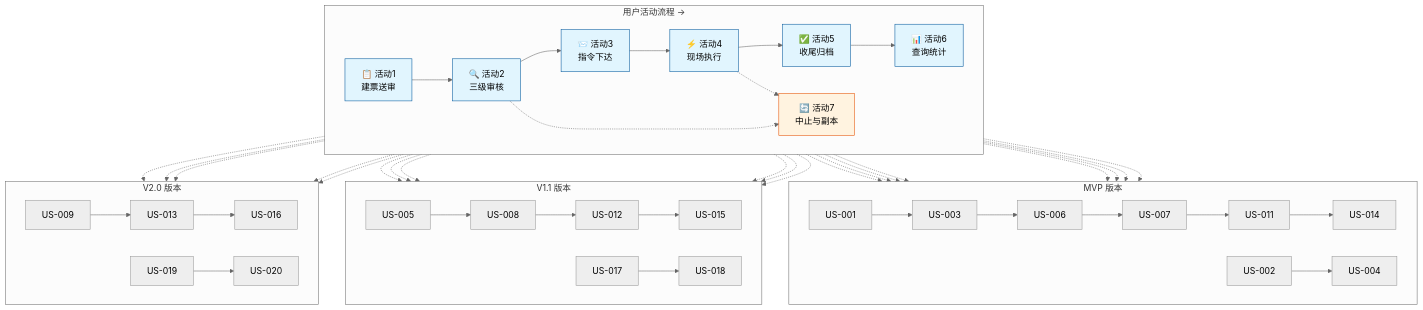
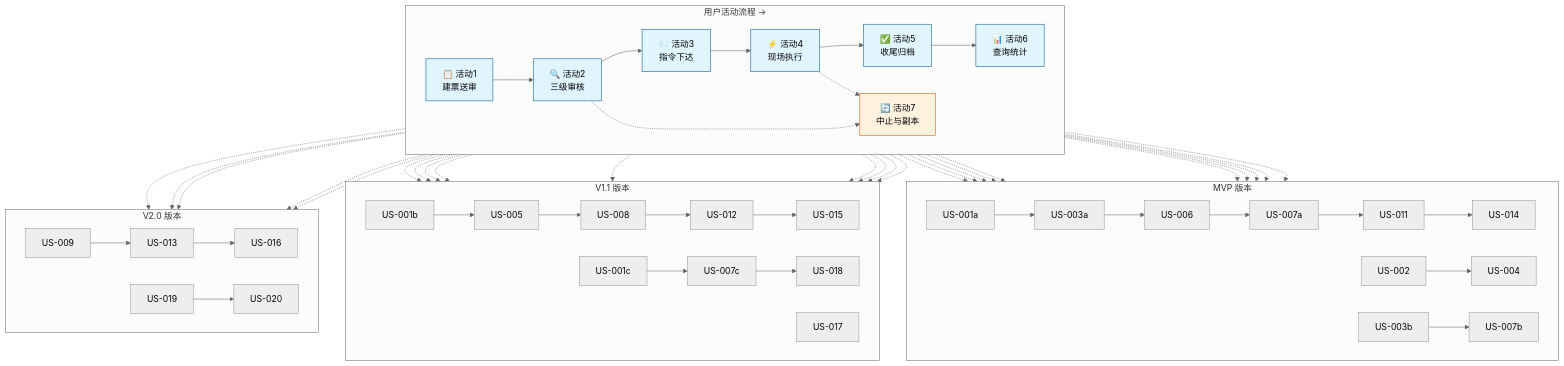
The second of 8 diagrams in .kiro/specs/operation-ticket-system/requirements.md (Melody-YK/operation-ticket-system), drawn with Mermaid (neutral theme) before and after one commit. The commit also changed other lines of this file, not shown here.

````diff
--- a/.kiro/specs/operation-ticket-system/requirements.md
+++ b/.kiro/specs/operation-ticket-system/requirements.md
@@ -118,62 +118,69 @@
 ```mermaid
 graph TB
     subgraph Activities["用户活动流程 →"]
         direction LR
         A1["📋 活动1<br/>建票送审"]
         A2["🔍 活动2<br/>三级审核"]
         A3["📨 活动3<br/>指令下达"]
         A4["⚡ 活动4<br/>现场执行"]
         A5["✅ 活动5<br/>收尾归档"]
         A6["📊 活动6<br/>查询统计"]
         A7["🔄 活动7<br/>中止与副本"]
         A1 --> A2 --> A3 --> A4 --> A5 --> A6
         A2 -.-> A7
         A4 -.-> A7
     end
 
     subgraph MVP["MVP 版本"]
         direction LR
-        S11[US-001] --> S21[US-003] --> S31[US-006] --> S41[US-007] --> S51[US-011] --> S61[US-014]
+        S11[US-001a] --> S21[US-003a] --> S31[US-006] --> S41[US-007a] --> S51[US-011] --> S61[US-014]
         S12[US-002] --> S22[US-004]
+        S23[US-003b] --> S42[US-007b]
     end
 
     subgraph V11["V1.1 版本"]
         direction LR
-        S23[US-005] --> S42[US-008] --> S52[US-012] --> S62[US-015]
-        S13[US-017] --> S71[US-018]
+        S13[US-001b] --> S24[US-005] --> S43[US-008] --> S52[US-012] --> S62[US-015]
+        S14[US-001c] --> S44[US-007c] --> S71[US-018]
+        S25[US-017]
     end
 
     subgraph V20["V2.0 版本"]
         direction LR
-        S43[US-009] --> S53[US-013] --> S63[US-016]
+        S45[US-009] --> S53[US-013] --> S63[US-016]
         S72[US-019] --> S73[US-020]
     end
 
     A1 -.-> S11
     A1 -.-> S12
     A1 -.-> S13
+    A1 -.-> S14
     A2 -.-> S21
     A2 -.-> S22
     A2 -.-> S23
+    A2 -.-> S24
+    A2 -.-> S25
     A3 -.-> S31
     A4 -.-> S41
     A4 -.-> S42
     A4 -.-> S43
+    A4 -.-> S44
+    A4 -.-> S45
     A5 -.-> S51
     A5 -.-> S52
     A5 -.-> S53
     A6 -.-> S61
     A6 -.-> S62
     A6 -.-> S63
     A7 -.-> S71
     A7 -.-> S72
     A7 -.-> S73
 
     style A1 fill:#e1f5fe,stroke:#01579b
     style A2 fill:#e1f5fe,stroke:#01579b
     style A3 fill:#e1f5fe,stroke:#01579b
     style A4 fill:#e1f5fe,stroke:#01579b
     style A5 fill:#e1f5fe,stroke:#01579b
     style A6 fill:#e1f5fe,stroke:#01579b
     style A7 fill:#fff3e0,stroke:#e65100
 ```
````
